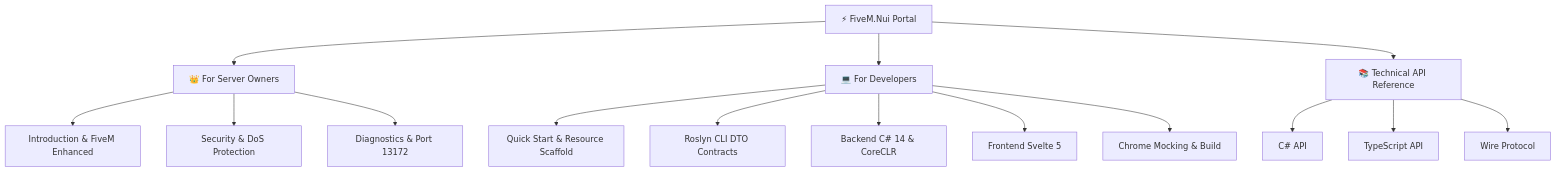
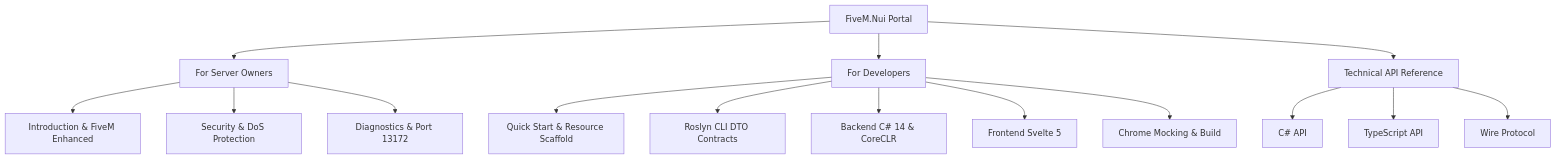
One commit to rian-be/FiveM.Nui changed the diagram in docs/README.md. Above: the diagram before and after it, drawn with Mermaid. The commit also changed other lines of this file and 4 other files, not shown here.

````diff
--- a/docs/README.md
+++ b/docs/README.md
@@ -16,21 +16,21 @@
 ```mermaid
 flowchart TD
-    PORTAL[⚡ FiveM.Nui Portal]
-    PORTAL --> W[👑 For Server Owners]
-    PORTAL --> P[💻 For Developers]
-    PORTAL --> A[📚 Technical API Reference]
+    PORTAL["FiveM.Nui Portal"]
+    PORTAL --> W["For Server Owners"]
+    PORTAL --> P["For Developers"]
+    PORTAL --> A["Technical API Reference"]
 
-    W --> W1[Introduction & FiveM Enhanced]
-    W --> W2[Security & DoS Protection]
-    W --> W3[Diagnostics & Port 13172]
+    W --> W1["Introduction & FiveM Enhanced"]
+    W --> W2["Security & DoS Protection"]
+    W --> W3["Diagnostics & Port 13172"]
 
-    P --> P1[Quick Start & Resource Scaffold]
-    P --> P2[Roslyn CLI DTO Contracts]
-    P --> P3[Backend C# 14 & CoreCLR]
-    P --> P4[Frontend Svelte 5]
-    P --> P5[Chrome Mocking & Build]
+    P --> P1["Quick Start & Resource Scaffold"]
+    P --> P2["Roslyn CLI DTO Contracts"]
+    P --> P3["Backend C# 14 & CoreCLR"]
+    P --> P4["Frontend Svelte 5"]
+    P --> P5["Chrome Mocking & Build"]
 
-    A --> A1[C# API]
-    A --> A2[TypeScript API]
-    A --> A3[Wire Protocol]
+    A --> A1["C# API"]
+    A --> A2["TypeScript API"]
+    A --> A3["Wire Protocol"]
 ```
````
